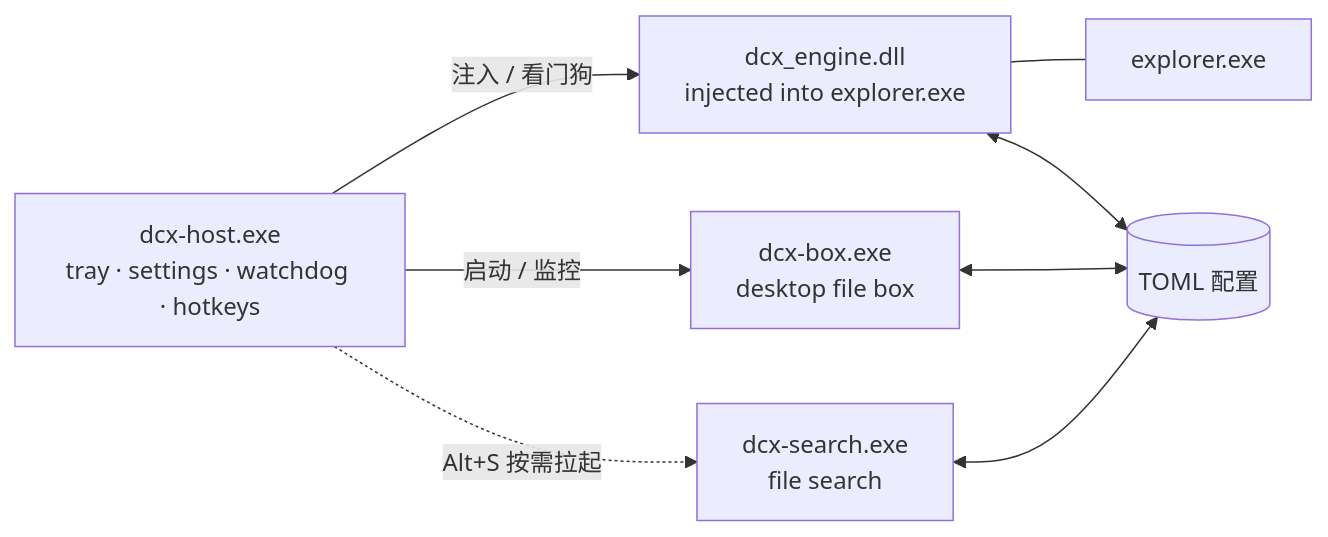
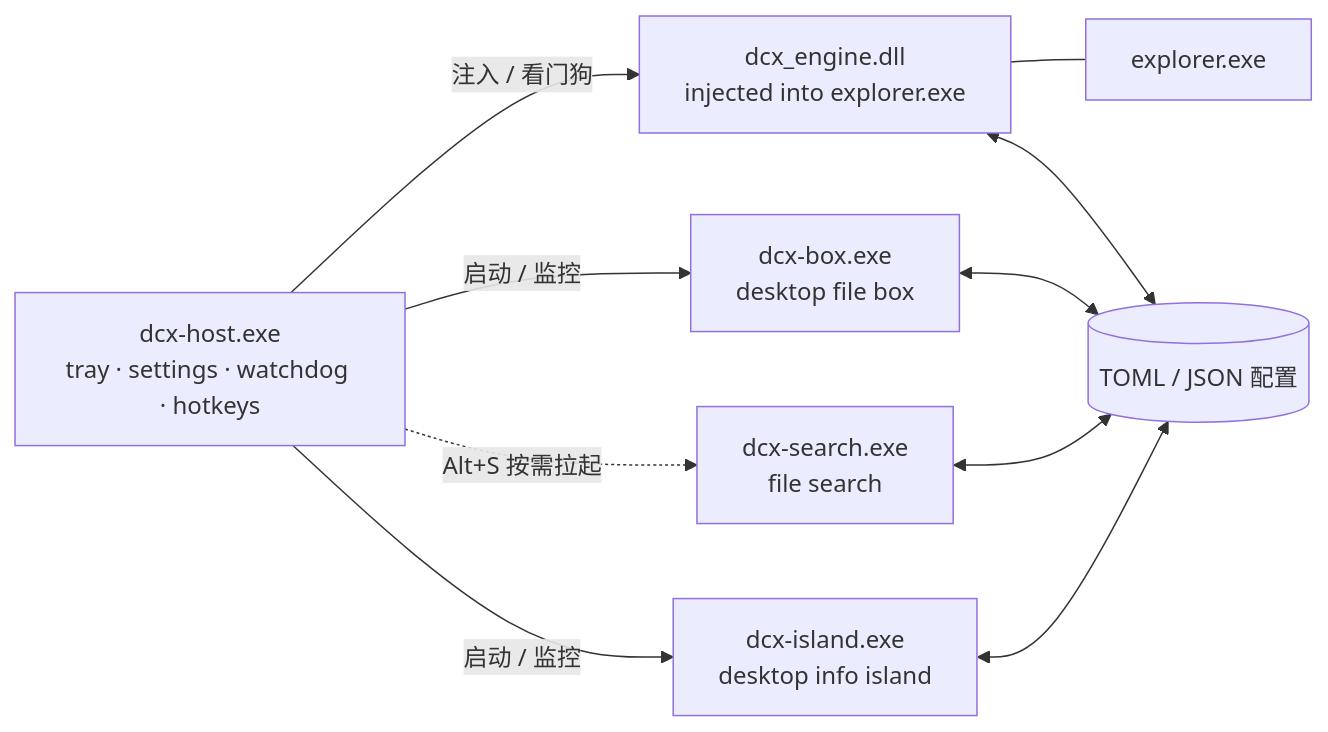
Before and after one commit to gggaiitx/dcx: the diagram in README.md, drawn with Mermaid. The commit also changed other lines of this file and 41 other files, not shown here.

````diff
--- a/README.md
+++ b/README.md
@@ -124,16 +137,19 @@
 ```mermaid
 flowchart LR
   Host[dcx-host.exe<br/>tray · settings · watchdog · hotkeys]
   Engine[dcx_engine.dll<br/>injected into explorer.exe]
   Box[dcx-box.exe<br/>desktop file box]
   Search[dcx-search.exe<br/>file search]
-  Config[(TOML 配置)]
+  Island[dcx-island.exe<br/>desktop info island]
+  Config[(TOML / JSON 配置)]
 
   Host -->|注入 / 看门狗| Engine
   Engine --- Explorer[explorer.exe]
   Host -->|启动 / 监控| Box
   Host -.->|Alt+S 按需拉起| Search
+  Host -->|启动 / 监控| Island
   Engine <--> Config
   Box <--> Config
   Search <--> Config
+  Island <--> Config
 ```
````
